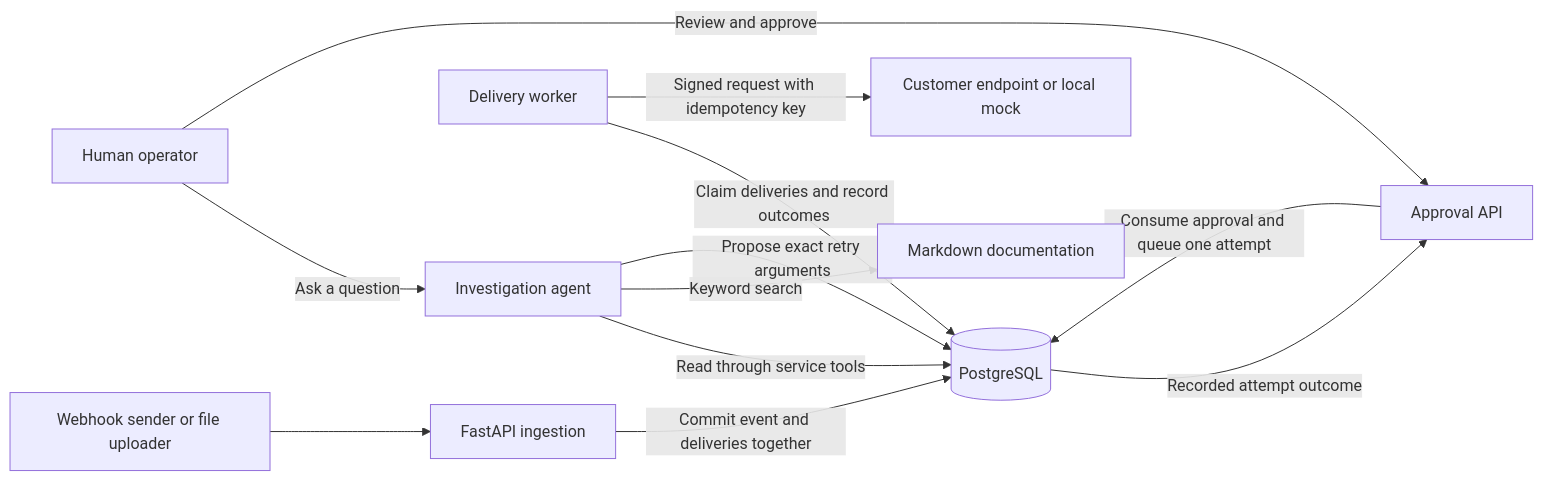
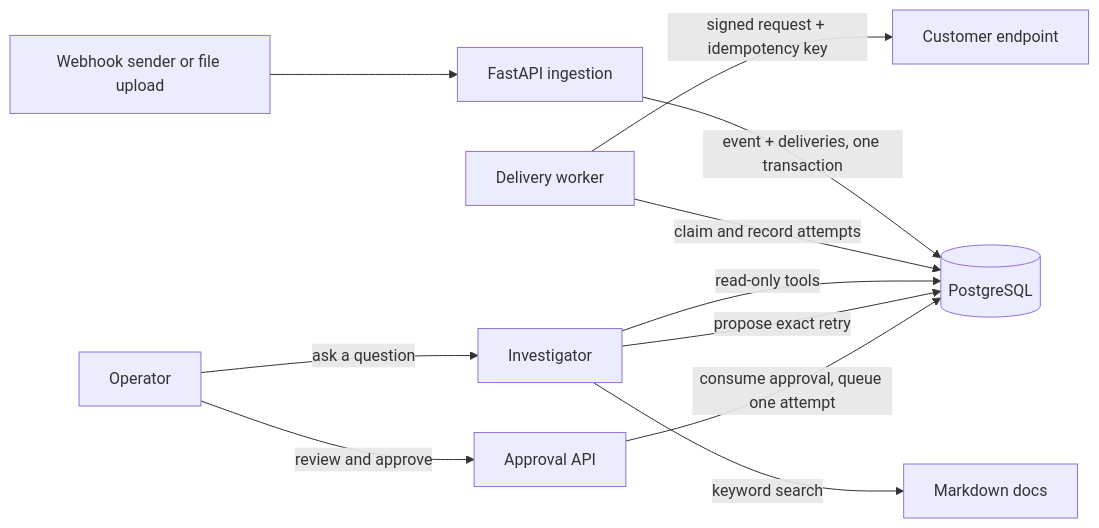
Before and after one commit to mistbik/opspilot-ai: the diagram in README.md, drawn with Mermaid. The commit also changed other lines of this file, not shown here.

````diff
--- a/README.md
+++ b/README.md
@@ -9,14 +11,13 @@
 ```mermaid
 flowchart LR
-    Source[Webhook sender or file uploader] --> API[FastAPI ingestion]
-    API -->|Commit event and deliveries together| DB[(PostgreSQL)]
-    Worker[Delivery worker] -->|Claim deliveries and record outcomes| DB
-    Worker -->|Signed request with idempotency key| Receiver[Customer endpoint or local mock]
-    Operator[Human operator] -->|Ask a question| Agent[Investigation agent]
-    Agent -->|Read through service tools| DB
-    Agent -->|Keyword search| Docs[Markdown documentation]
-    Agent -->|Propose exact retry arguments| DB
-    Operator -->|Review and approve| Approval[Approval API]
-    Approval -->|Consume approval and queue one attempt| DB
-    DB -->|Recorded attempt outcome| Approval
+    Source[Webhook sender or file upload] --> API[FastAPI ingestion]
+    API -->|event + deliveries, one transaction| DB[(PostgreSQL)]
+    Worker[Delivery worker] -->|claim and record attempts| DB
+    Worker -->|signed request + idempotency key| Customer[Customer endpoint]
+    Operator -->|ask a question| Agent[Investigator]
+    Agent -->|read-only tools| DB
+    Agent -->|keyword search| Docs[Markdown docs]
+    Agent -->|propose exact retry| DB
+    Operator -->|review and approve| Approval[Approval API]
+    Approval -->|consume approval, queue one attempt| DB
 ```
````
